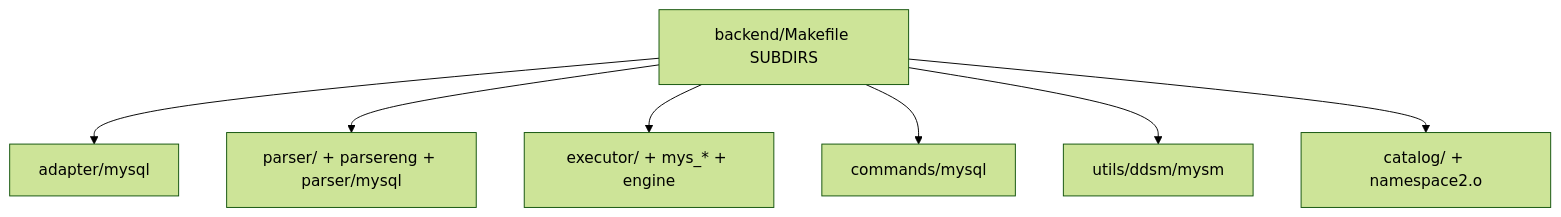
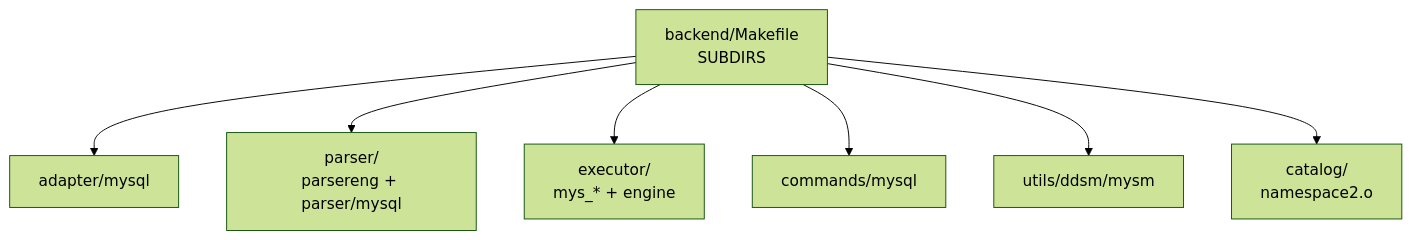
The sixth of 6 diagrams in database/openhalo/openhalo-mysql-compatibility.md (Meta11ic0/fluffynotes), drawn with Mermaid (forest theme) before and after one commit. The commit also changed other lines of this file, not shown here.

````diff
--- a/database/openhalo/openhalo-mysql-compatibility.md
+++ b/database/openhalo/openhalo-mysql-compatibility.md
@@ -2720,9 +2717,9 @@
 ```mermaid
 flowchart TD
-    BM[backend/Makefile SUBDIRS] --> AD[adapter/mysql]
-    BM --> PR[parser/ + parsereng + parser/mysql]
-    BM --> EX[executor/ + mys_* + engine]
+    BM["backend/Makefile<br/>SUBDIRS"] --> AD[adapter/mysql]
+    BM --> PR["parser/<br/>parsereng + parser/mysql"]
+    BM --> EX["executor/<br/>mys_* + engine"]
     BM --> CM[commands/mysql]
-    BM --> UT[utils/ddsm/mysm]
-    BM --> CT[catalog/ + namespace2.o]
+    BM --> UT["utils/ddsm/mysm"]
+    BM --> CT["catalog/<br/>namespace2.o"]
 ```
````
